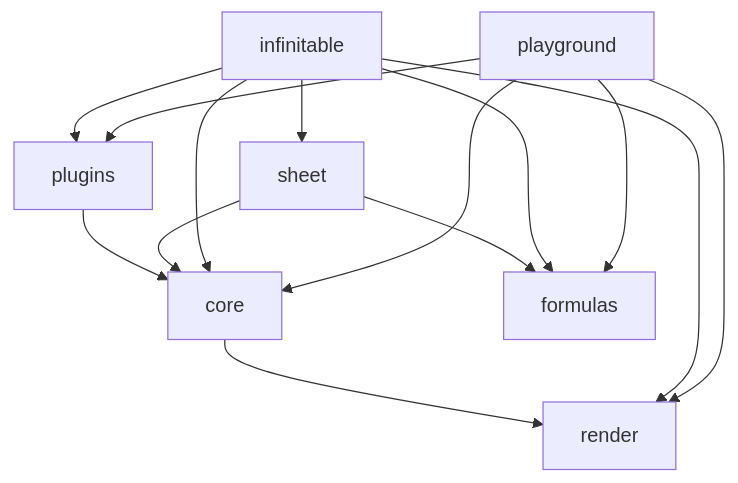
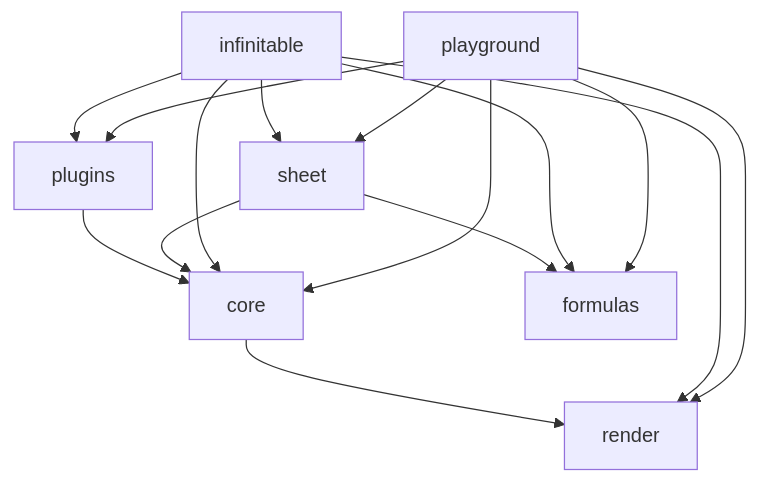
Before and after one commit to cabinet-fe/infinite-table: the diagram in .agents/docs/CODE-MAP.md, drawn with Mermaid. The commit also changed other lines of this file and 7 other files, not shown here.

First line of the commit message:
refactor(playground): report 示例与 bench 改用 @infinitable/sheet

````diff
--- a/.agents/docs/CODE-MAP.md
+++ b/.agents/docs/CODE-MAP.md
@@ -74,16 +74,17 @@
 ```mermaid
 graph TD
     core --> render
     plugins --> core
     sheet --> core
     sheet --> formulas
     infinitable --> render
     infinitable --> core
     infinitable --> formulas
     infinitable --> plugins
     infinitable --> sheet
     playground --> core
     playground --> render
     playground --> plugins
     playground --> formulas
+    playground --> sheet
 ```
````
